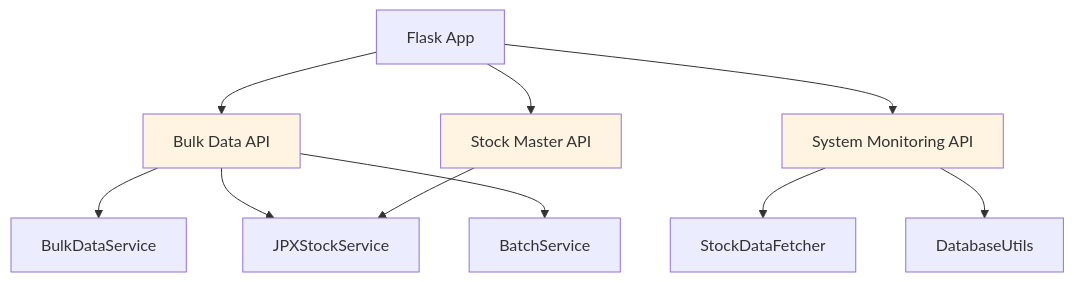
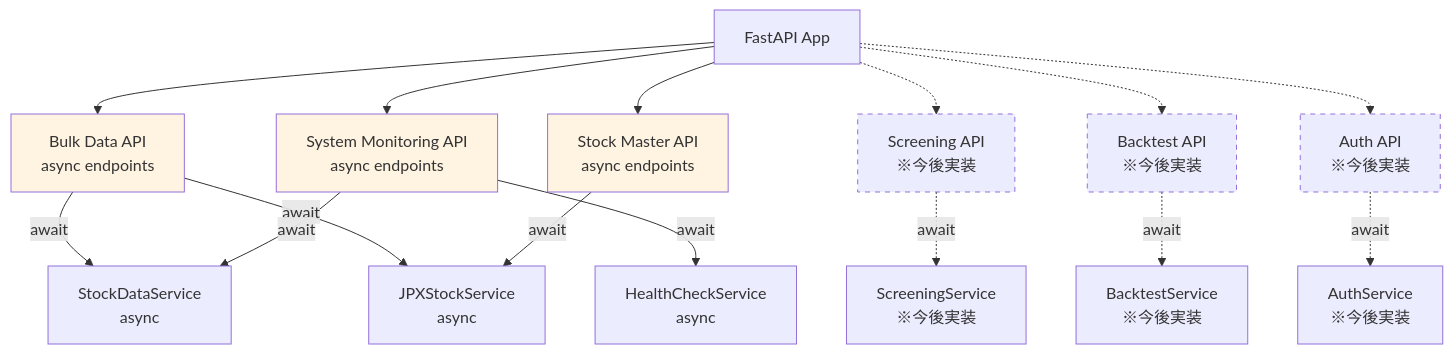
The first of 6 diagrams in docs/architecture/layers/api_layer.md (TIMMY-WEST/STOCK-INVESTMENT-ANALYZER), drawn with Mermaid before and after one commit. The commit also changed other lines of this file and 1 other file, not shown here.

````diff
--- a/docs/architecture/layers/api_layer.md
+++ b/docs/architecture/layers/api_layer.md
@@ -66,19 +72,28 @@
 ```mermaid
 graph TB
-    Flask[Flask App] --> BulkAPI[Bulk Data API]
-    Flask --> StockAPI[Stock Master API]
-    Flask --> MonitorAPI[System Monitoring API]
+    FastAPI[FastAPI App] --> BulkAPI[Bulk Data API<br/>async endpoints]
+    FastAPI --> StockAPI[Stock Master API<br/>async endpoints]
+    FastAPI --> MonitorAPI[System Monitoring API<br/>async endpoints]
+    FastAPI -.-> ScreeningAPI[Screening API<br/>※今後実装]
+    FastAPI -.-> BacktestAPI[Backtest API<br/>※今後実装]
+    FastAPI -.-> AuthAPI[Auth API<br/>※今後実装]
 
-    BulkAPI --> BulkService[BulkDataService]
-    BulkAPI --> JPXService[JPXStockService]
-    BulkAPI --> BatchService[BatchService]
+    BulkAPI -->|await| StockService[StockDataService<br/>async]
+    BulkAPI -->|await| JPXService[JPXStockService<br/>async]
 
-    StockAPI --> JPXService
+    StockAPI -->|await| JPXService
 
-    MonitorAPI --> StockDataFetcher[StockDataFetcher]
-    MonitorAPI --> DatabaseUtils[DatabaseUtils]
+    MonitorAPI -->|await| StockService
+    MonitorAPI -->|await| HealthCheck[HealthCheckService<br/>async]
+
+    ScreeningAPI -.->|await| ScreeningService[ScreeningService<br/>※今後実装]
+    BacktestAPI -.->|await| BacktestService[BacktestService<br/>※今後実装]
+    AuthAPI -.->|await| AuthService[AuthService<br/>※今後実装]
 
     style BulkAPI fill:#fff4e1
     style StockAPI fill:#fff4e1
     style MonitorAPI fill:#fff4e1
+    style ScreeningAPI stroke-dasharray: 5 5
+    style BacktestAPI stroke-dasharray: 5 5
+    style AuthAPI stroke-dasharray: 5 5
 ```
````
